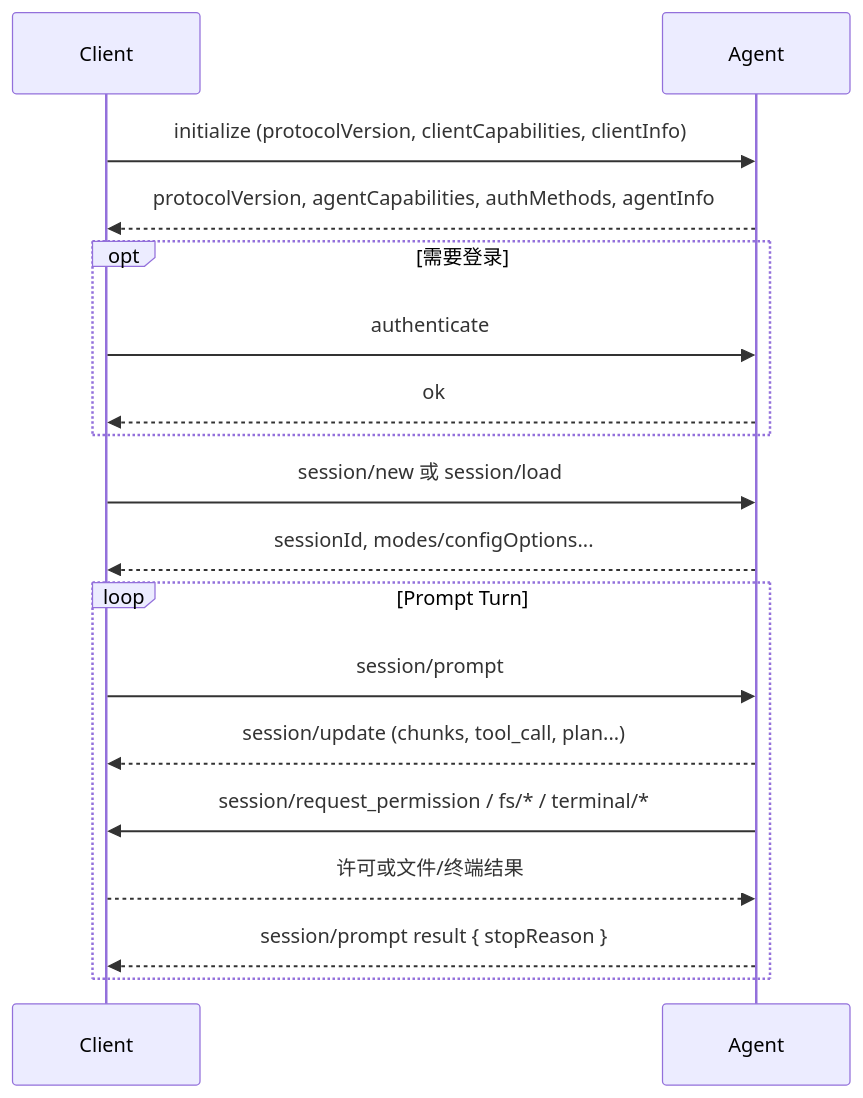
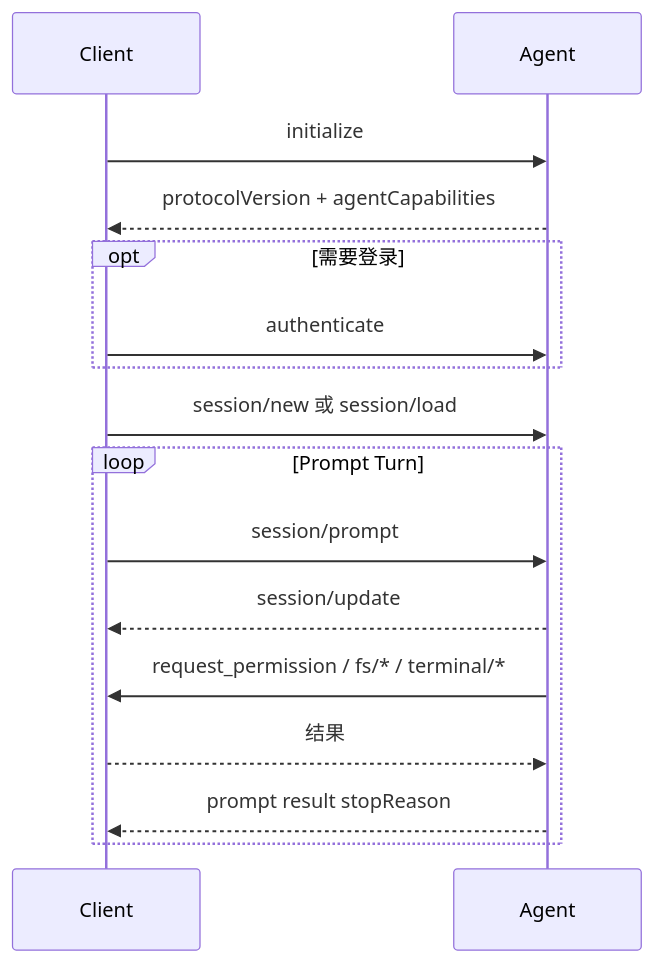
One commit to PerfectPan/wiki changed the third of 5 diagrams in wiki/topics/ai/Agent Client Protocol.md. Above: the diagram before and after it, drawn with Mermaid. The commit also changed other lines of this file and 1 other file, not shown here.

````diff
--- a/wiki/topics/ai/Agent Client Protocol.md
+++ b/wiki/topics/ai/Agent Client Protocol.md
@@ -103,20 +87,18 @@
 ```mermaid
 sequenceDiagram
   participant C as Client
   participant A as Agent
-  C->>A: initialize (protocolVersion, clientCapabilities, clientInfo)
-  A-->>C: protocolVersion, agentCapabilities, authMethods, agentInfo
+  C->>A: initialize
+  A-->>C: protocolVersion + agentCapabilities
   opt 需要登录
     C->>A: authenticate
-    A-->>C: ok
   end
   C->>A: session/new 或 session/load
-  A-->>C: sessionId, modes/configOptions...
   loop Prompt Turn
     C->>A: session/prompt
-    A-->>C: session/update (chunks, tool_call, plan...)
-    A->>C: session/request_permission / fs/* / terminal/*
-    C-->>A: 许可或文件/终端结果
-    A-->>C: session/prompt result { stopReason }
+    A-->>C: session/update
+    A->>C: request_permission / fs/* / terminal/*
+    C-->>A: 结果
+    A-->>C: prompt result stopReason
   end
 ```
````
